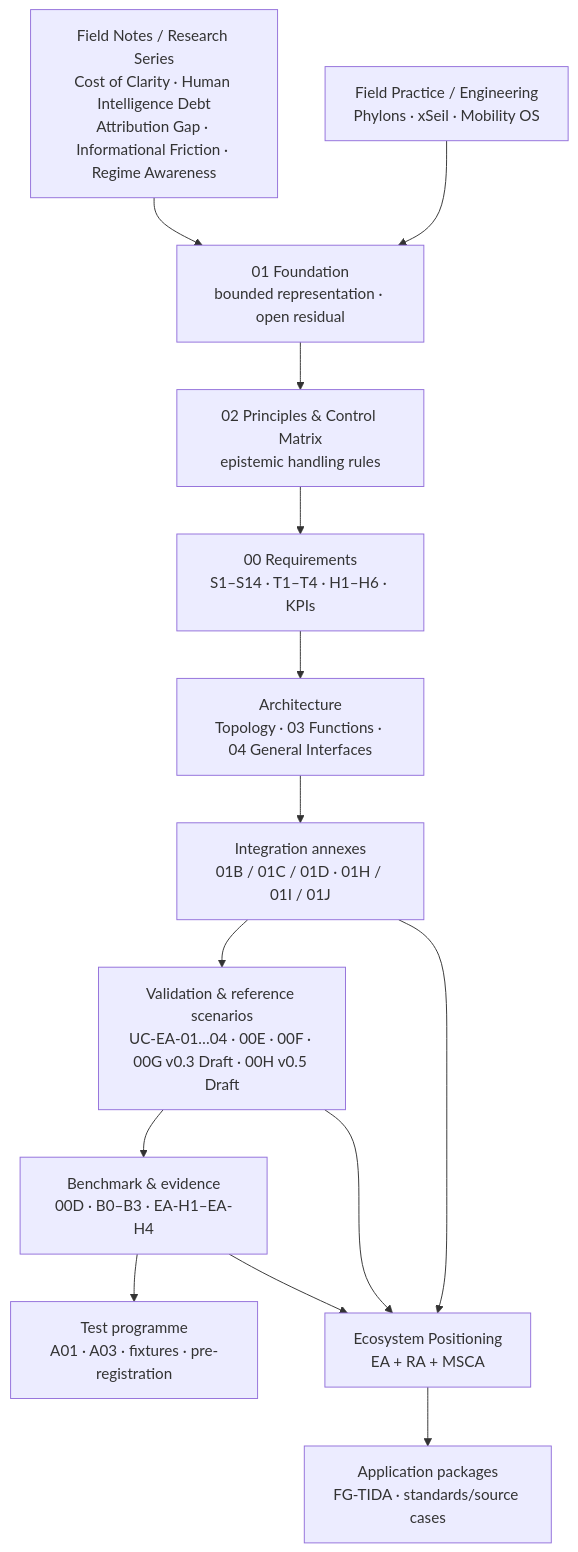
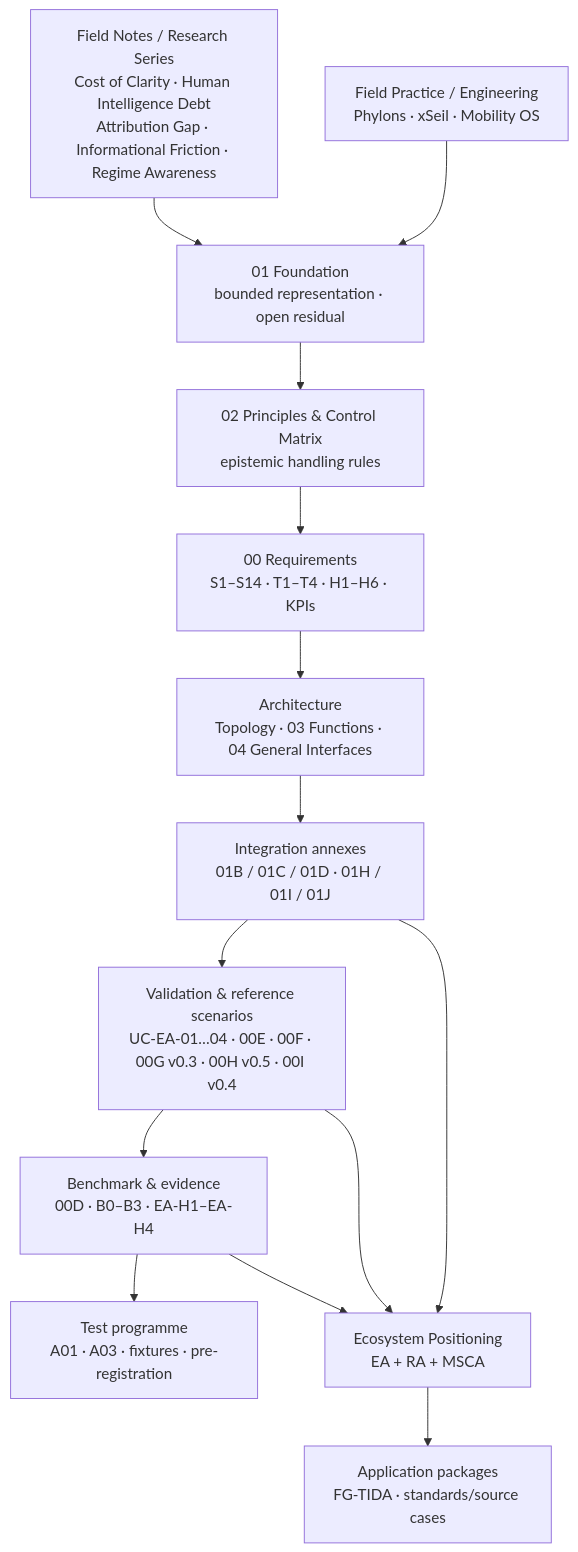
The first of 9 diagrams in research/ecosystem-awareness/VISUAL_GUIDE.md (dakleyer/structural-awareness-contributions), drawn with Mermaid before and after one commit. The commit also changed other lines of this file, not shown here.

````diff
--- a/research/ecosystem-awareness/VISUAL_GUIDE.md
+++ b/research/ecosystem-awareness/VISUAL_GUIDE.md
@@ -9,23 +9,23 @@
 ```mermaid
 flowchart TB
     FN["Field Notes / Research Series<br/>Cost of Clarity · Human Intelligence Debt<br/>Attribution Gap · Informational Friction · Regime Awareness"]
     ENG["Field Practice / Engineering<br/>Phylons · xSeil · Mobility OS"]
     F["01 Foundation<br/>bounded representation · open residual"]
     P["02 Principles & Control Matrix<br/>epistemic handling rules"]
     R["00 Requirements<br/>S1–S14 · T1–T4 · H1–H6 · KPIs"]
     A["Architecture<br/>Topology · 03 Functions · 04 General Interfaces"]
     I["Integration annexes<br/>01B / 01C / 01D · 01H / 01I / 01J"]
-    V["Validation & reference scenarios<br/>UC-EA-01…04 · 00E · 00F · 00G v0.3 Draft · 00H v0.5 Draft"]
+    V["Validation & reference scenarios<br/>UC-EA-01…04 · 00E · 00F · 00G v0.3 · 00H v0.5 · 00I v0.4"]
     B["Benchmark & evidence<br/>00D · B0–B3 · EA-H1–EA-H4"]
     T["Test programme<br/>A01 · A03 · fixtures · pre-registration"]
     EP["Ecosystem Positioning<br/>EA + RA + MSCA"]
     APP["Application packages<br/>FG-TIDA · standards/source cases"]
 
     FN --> F
     ENG --> F
     F --> P --> R --> A --> I --> V --> B --> T
     I --> EP
     V --> EP
     B --> EP
     EP --> APP
 ```
````
